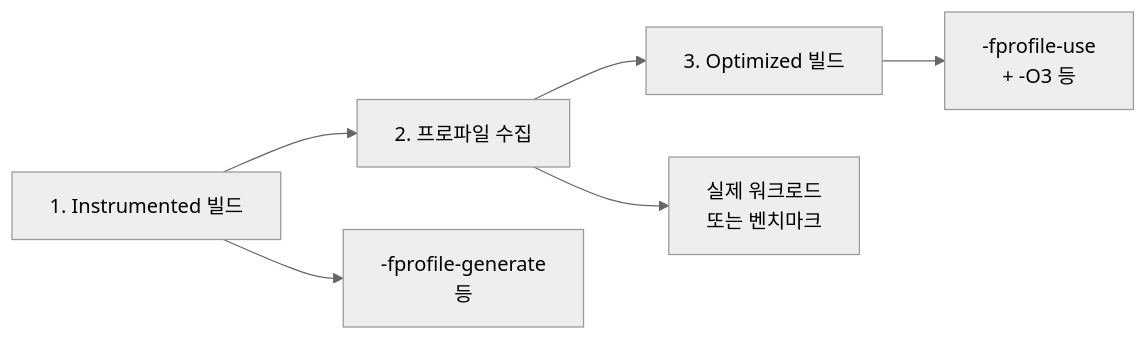
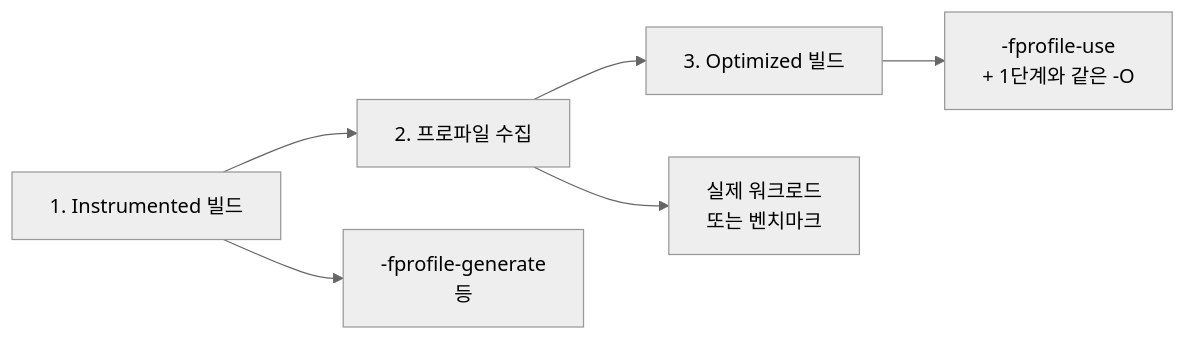
One commit to 42jerrykim/42jerrykim.github.io changed the diagram in content/collection/optimization-03-compiler/03-pgo-workflow/index.md. Above: the diagram before and after it, drawn with Mermaid (neutral theme). The commit also changed other lines of this file and 2 other files, not shown here.

````diff
--- a/content/collection/optimization-03-compiler/03-pgo-workflow/index.md
+++ b/content/collection/optimization-03-compiler/03-pgo-workflow/index.md
@@ -82,8 +69,8 @@
 ```mermaid
 flowchart LR
   A["1. Instrumented 빌드"] --> B["2. 프로파일 수집"]
   B --> C["3. Optimized 빌드"]
   A --> A1["-fprofile-generate</br>등"]
   B --> B1["실제 워크로드</br>또는 벤치마크"]
-  C --> C1["-fprofile-use</br>+ -O3 등"]
+  C --> C1["-fprofile-use</br>+ 1단계와 같은 -O"]
 ```
````
